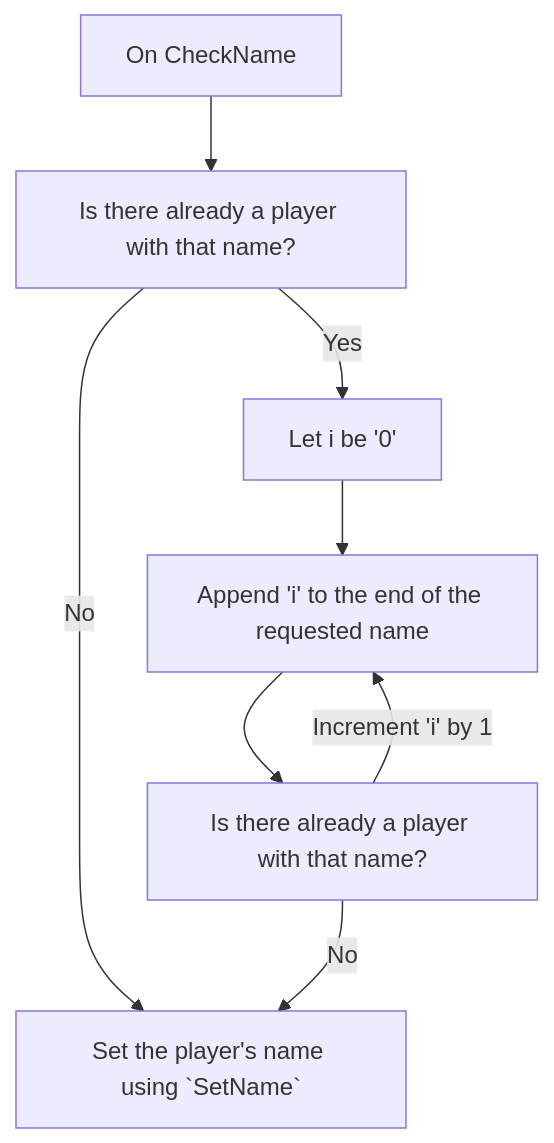
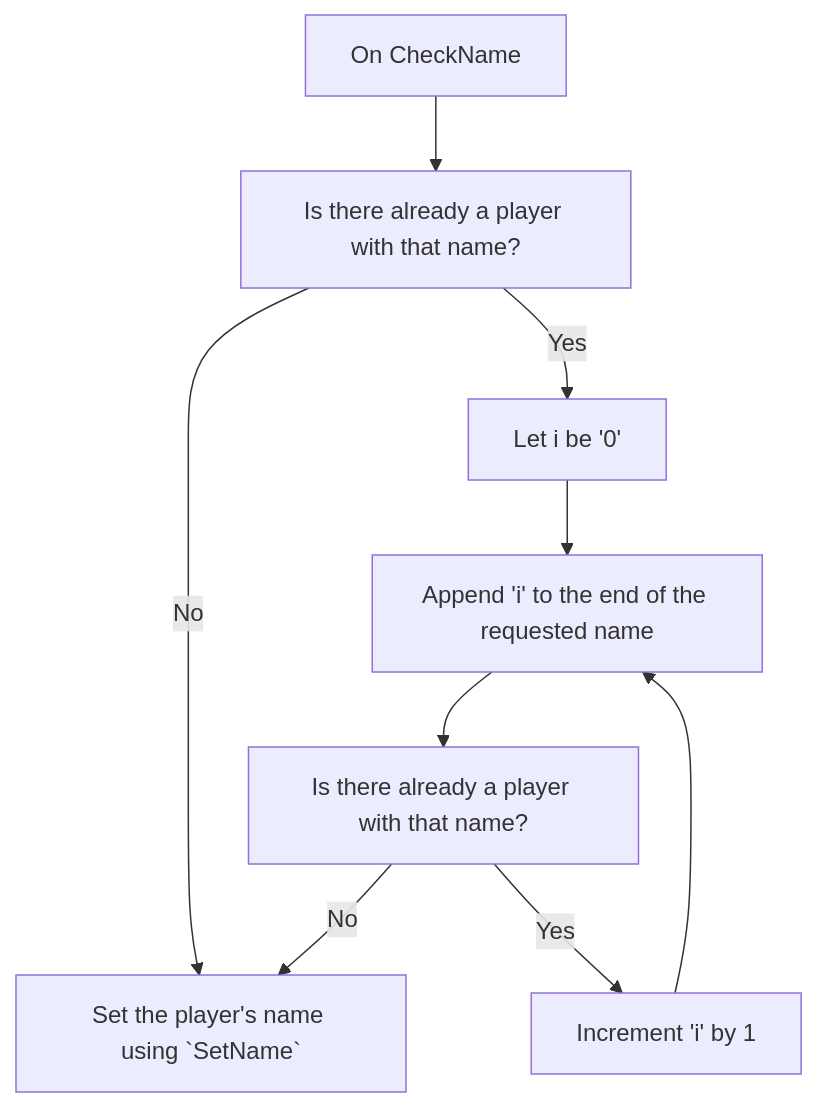
The diagram in content/networking/rpc/check_name_diagram.mmd (MrMelon54/auwiki), drawn with Mermaid before and after one commit. The commit also changed 1 other file, not shown here.

Commit message:
Fix check name diagram clarity

```diff
--- a/content/networking/rpc/check_name_diagram.mmd
+++ b/content/networking/rpc/check_name_diagram.mmd
@@ -1,15 +1,17 @@
 flowchart TB
     checkName[On CheckName] --> alreadyExists
     alreadyExists[Is there already a player with that name?]
 
     alreadyExists -- Yes --> letIBe0
     letIBe0[Let i be '0'] --> appendNumber
     appendNumber[Append 'i' to the end of the requested name] --> loop
     alreadyExists -- No --> send
 
     loop[Is there already a player with that name?]
 
     loop -- No --> send
-    loop -- Increment 'i' by 1  --> appendNumber
+    loop -- Yes --> incrementI
+
+    incrementI[Increment 'i' by 1] --> appendNumber
 
     send[Set the player's name using `SetName`]
```
